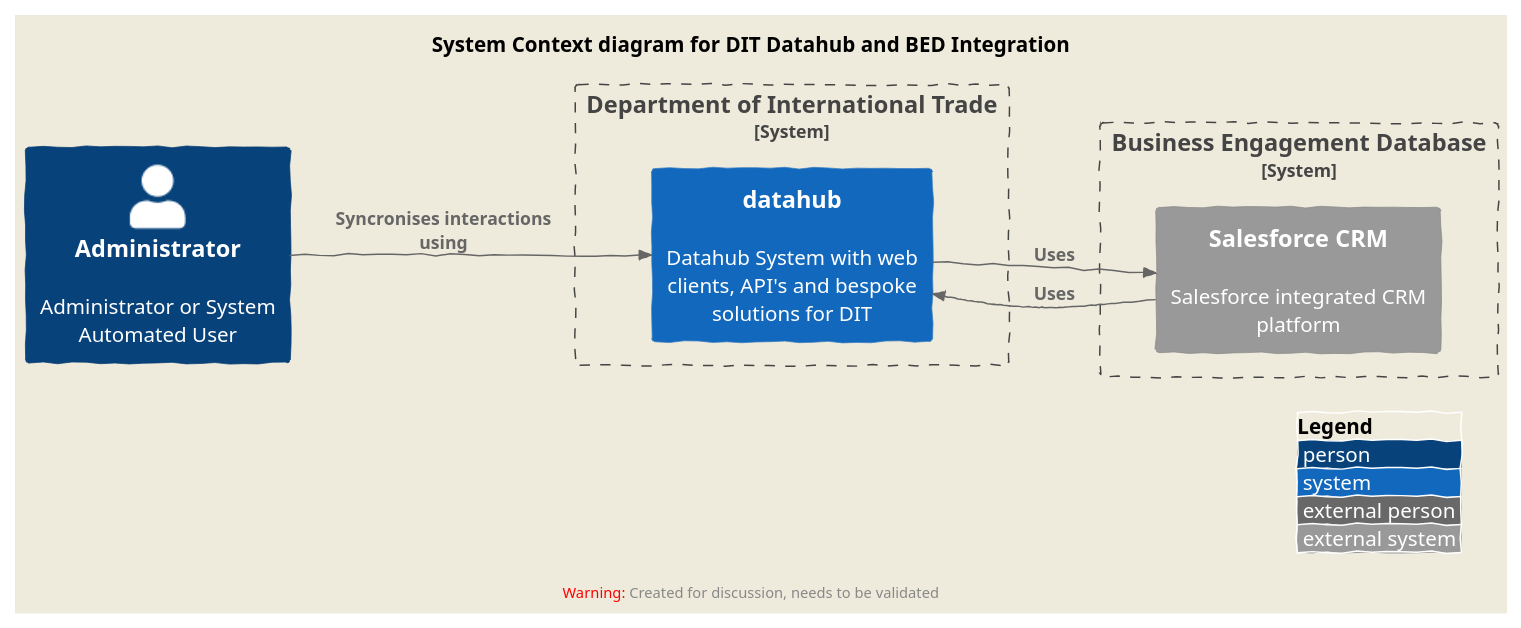
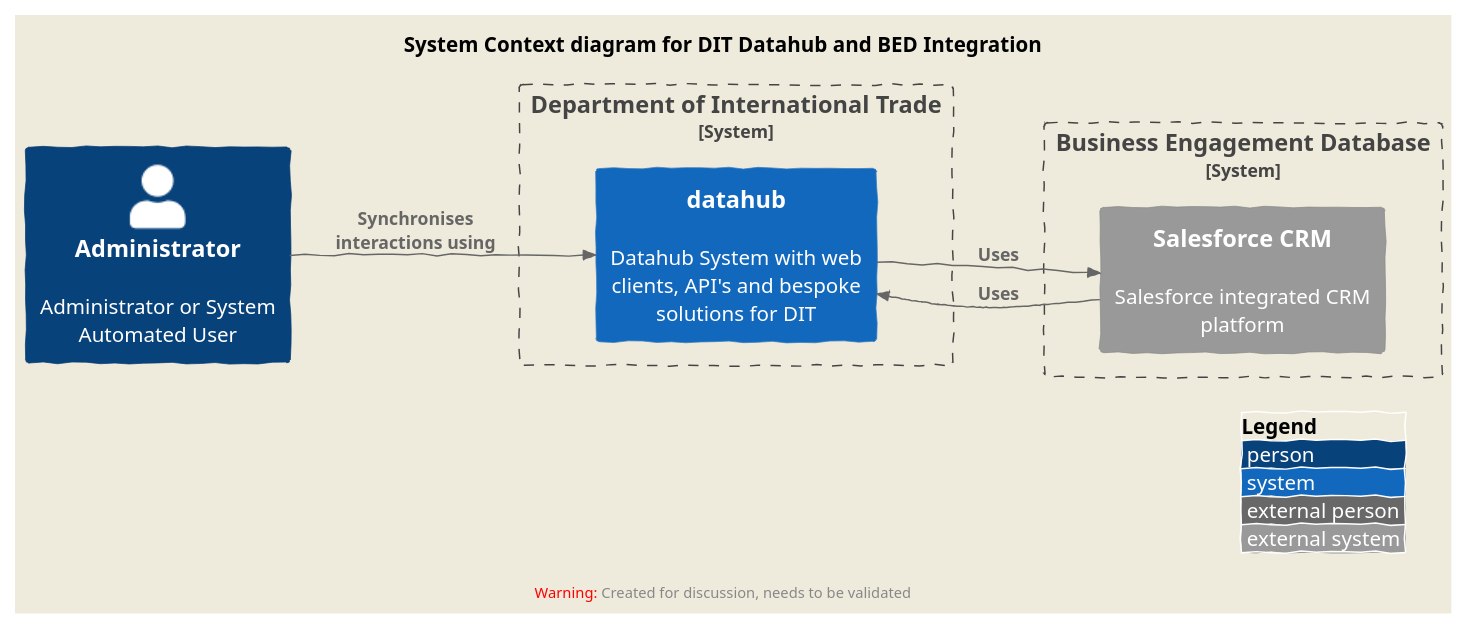
One commit to vfarah-if/DrawItExercises changed the diagram in datahub/datahub-bed-system.puml. Above: the diagram before and after it, drawn with PlantUML.

Commit message:
Update Context diagram

```diff
--- a/datahub/datahub-bed-system.puml
+++ b/datahub/datahub-bed-system.puml
@@ -2,26 +2,26 @@
 @startuml Datahub to BED System Diagram
 !include https://raw.githubusercontent.com/plantuml-stdlib/C4-PlantUML/master/C4_Context.puml
 
 LAYOUT_AS_SKETCH()
 LAYOUT_WITH_LEGEND()
 LAYOUT_LEFT_RIGHT()
 ' LAYOUT_TOP_DOWN()
 
 title System Context diagram for DIT Datahub and BED Integration
 
 Person(admin, "Administrator", "Administrator or System Automated User")
 
 System_Boundary(dit_system, "Department of International Trade"){
     System(datahub, "datahub", "Datahub System with web clients, API's and bespoke solutions for DIT")
 }
 
 System_Boundary(bed_system, "Business Engagement Database"){
     System_Ext(salesforce, "Salesforce CRM", "Salesforce integrated CRM platform")
 }
 
-Rel(admin, datahub, "Syncronises interactions using")
+Rel(admin, datahub, "Synchronises interactions using")
 ' Rel(datahub, salesforce, "Uses BED interactions")
 Rel(datahub, salesforce, "Uses")
 ' Rel(salesforce, datahub, "Uses Datahub interactions")
 Rel(salesforce, datahub, "Uses")
 @enduml
```
